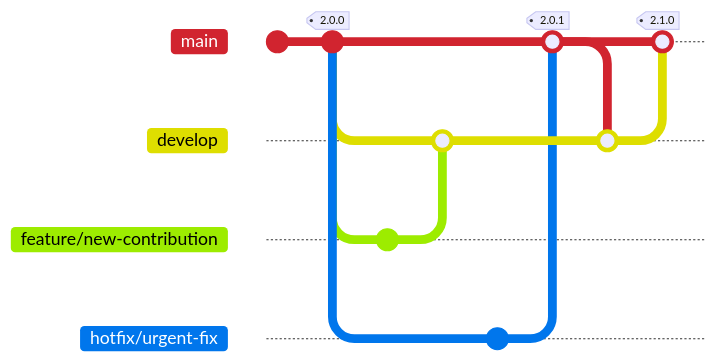
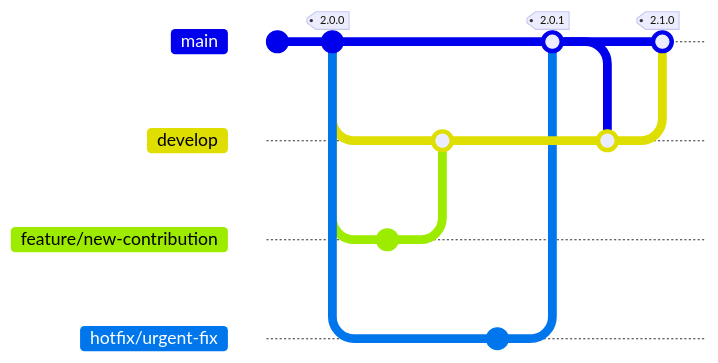
The first of 2 diagrams in CONTRIBUTING.md (pablosnt/rekono), drawn with Mermaid before and after one commit. The commit also changed other lines of this file and 1 other file, not shown here. Commit ids are hidden.

````diff
--- a/CONTRIBUTING.md
+++ b/CONTRIBUTING.md
@@ -8,23 +8,22 @@
 ```mermaid
-%%{init: {"themeVariables": {"git0": "#d1242f"}}}%%
 gitGraph
     commit
     commit tag: "2.0.0"
     branch develop
     checkout develop
     branch feature/new-contribution
     checkout feature/new-contribution
     commit
     checkout develop
     merge feature/new-contribution
     checkout main
     branch hotfix/urgent-fix
     checkout hotfix/urgent-fix
     commit
     checkout main
     merge hotfix/urgent-fix tag: "2.0.1"
     checkout develop
     merge main
     checkout main
     merge develop tag: "2.1.0"
 ```
````
